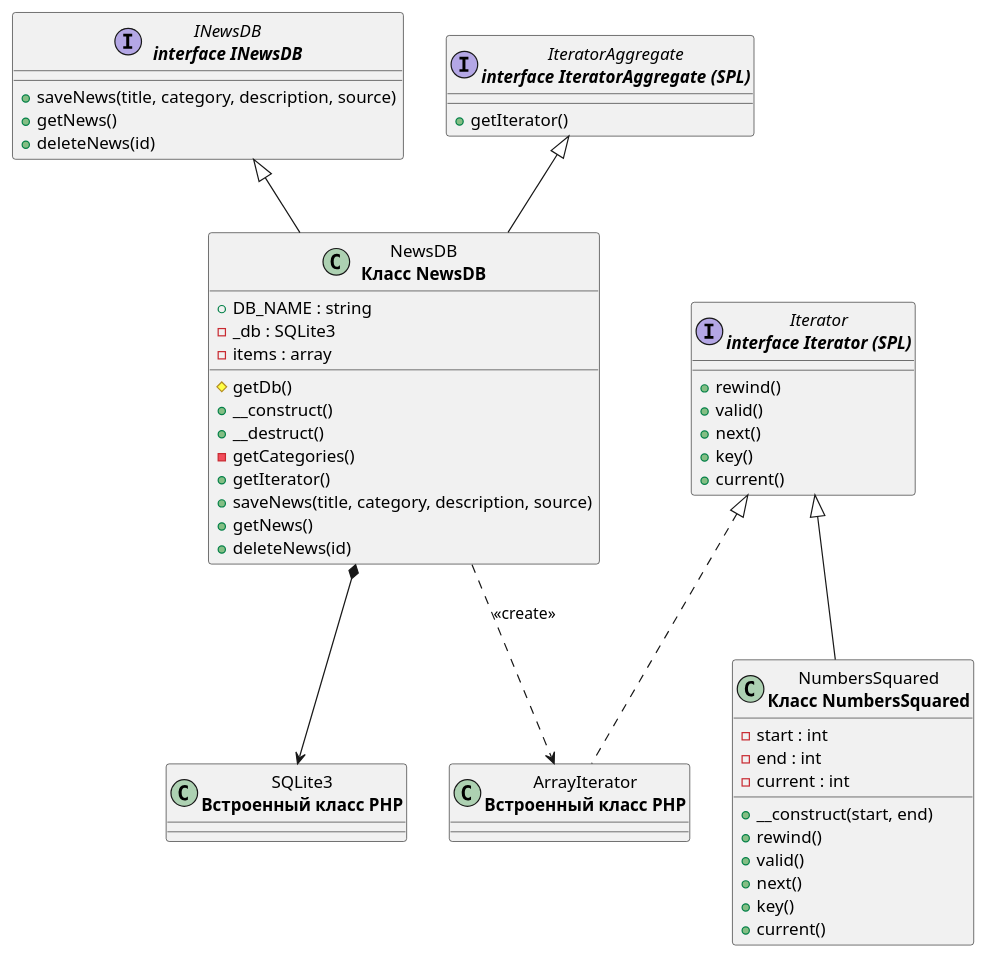
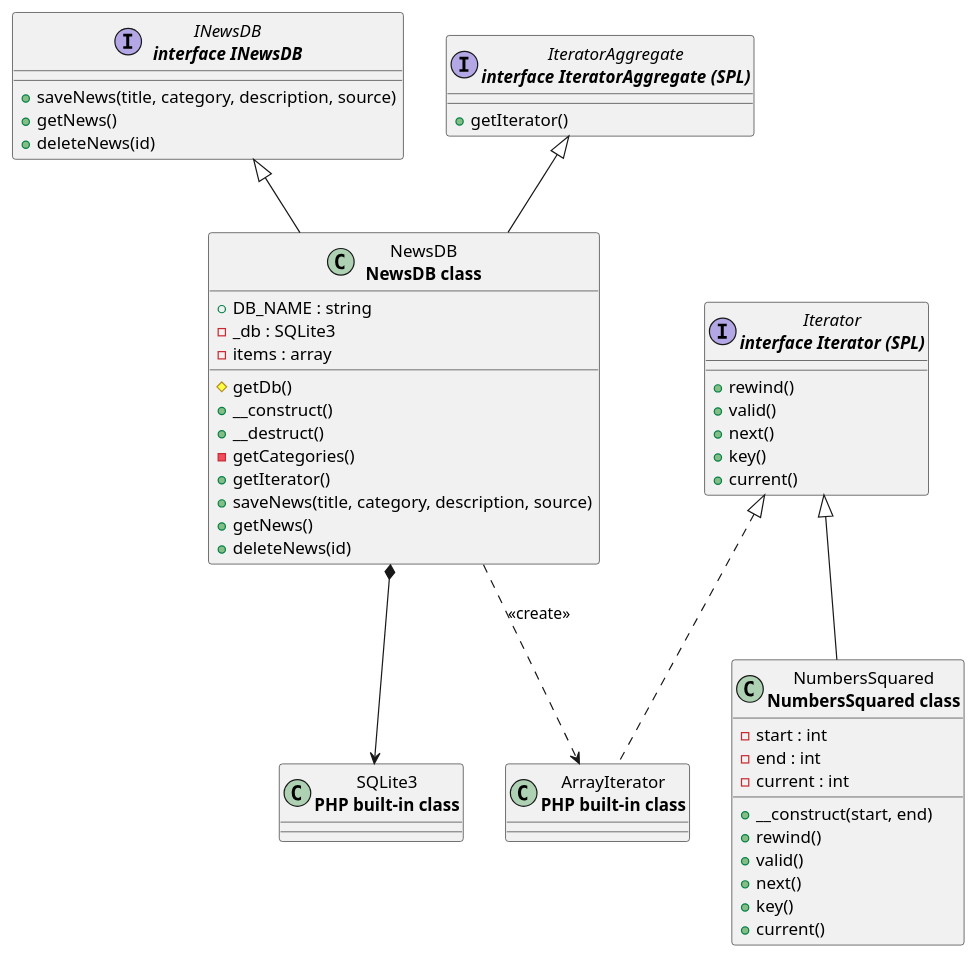
Before and after one commit to Danila-Efremov/web: the diagram in lab4/diagrams/news_diagram.puml, drawn with PlantUML.

```diff
--- a/lab4/diagrams/news_diagram.puml
+++ b/lab4/diagrams/news_diagram.puml
@@ -1,56 +1,56 @@
 @startuml class-diagram
   interface "INewsDB\n<b>interface INewsDB</b>" as INewsDB {
     +saveNews(title, category, description, source)
     +getNews()
     +deleteNews(id)
   }
 
   interface "Iterator\n<b>interface Iterator (SPL)</b>" as Iterator {
     +rewind()
     +valid()
     +next()
     +key()
     +current()
   }
 
   interface "IteratorAggregate\n<b>interface IteratorAggregate (SPL)</b>" as IteratorAggregate {
     +getIterator()
   }
 
-  class "NewsDB\n<b>Класс NewsDB</b>" as NewsDB {
+  class "NewsDB\n<b>NewsDB class</b>" as NewsDB {
     +DB_NAME : string
     -_db : SQLite3
     -items : array
     #getDb()
     +__construct()
     +__destruct()
     -getCategories()
     +getIterator()
     +saveNews(title, category, description, source)
     +getNews()
     +deleteNews(id)
   }
 
-  class "NumbersSquared\n<b>Класс NumbersSquared</b>" as NumbersSquared {
+  class "NumbersSquared\n<b>NumbersSquared class</b>" as NumbersSquared {
     -start : int
     -end : int
     -current : int
     +__construct(start, end)
     +rewind()
     +valid()
     +next()
     +key()
     +current()
   }
 
-  class "SQLite3\n<b>Встроенный класс PHP</b>" as SQLite3
+  class "SQLite3\n<b>PHP built-in class</b>" as SQLite3
 
-  class "ArrayIterator\n<b>Встроенный класс PHP</b>" as ArrayIterator
+  class "ArrayIterator\n<b>PHP built-in class</b>" as ArrayIterator
 
   INewsDB <|-- NewsDB
   IteratorAggregate <|-- NewsDB
   Iterator <|-- NumbersSquared
   Iterator <|.. ArrayIterator
   NewsDB *--> SQLite3
   NewsDB ..> ArrayIterator : <<create>>
 @enduml
```
